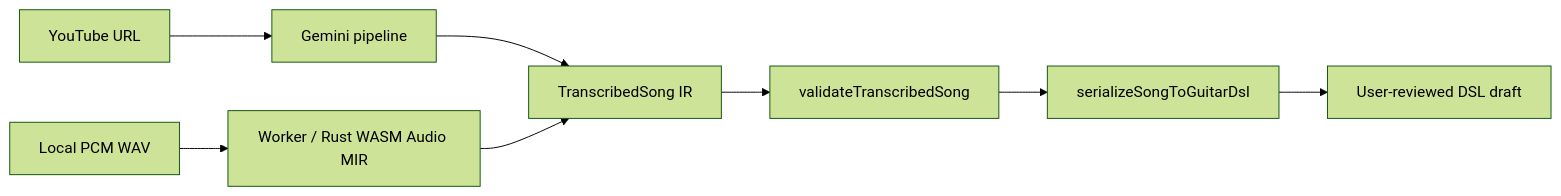
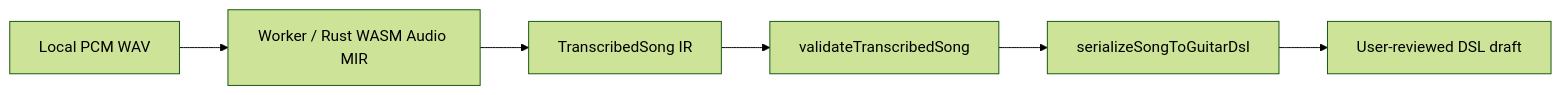
Before and after one commit to puchinya/vscode-guitar-dsl: the diagram in docs/design/audio-transcription.md, drawn with Mermaid (forest theme). The commit also changed other lines of this file and 95 other files, not shown here.

Commit message:
chore: remove YouTube transcription and lock Practice guide to Compact

````diff
--- a/docs/design/audio-transcription.md
+++ b/docs/design/audio-transcription.md
@@ -46,10 +38,8 @@
 ```mermaid
 flowchart LR
-    YouTube["YouTube URL"] --> Gemini["Gemini pipeline"]
     Wav["Local PCM WAV"] --> MIR["Worker / Rust WASM Audio MIR"]
-    Gemini --> IR["TranscribedSong IR"]
-    MIR --> IR
+    MIR --> IR["TranscribedSong IR"]
     IR --> Validate["validateTranscribedSong"]
     Validate --> Serializer["serializeSongToGuitarDsl"]
     Serializer --> Draft["User-reviewed DSL draft"]
 ```
````
